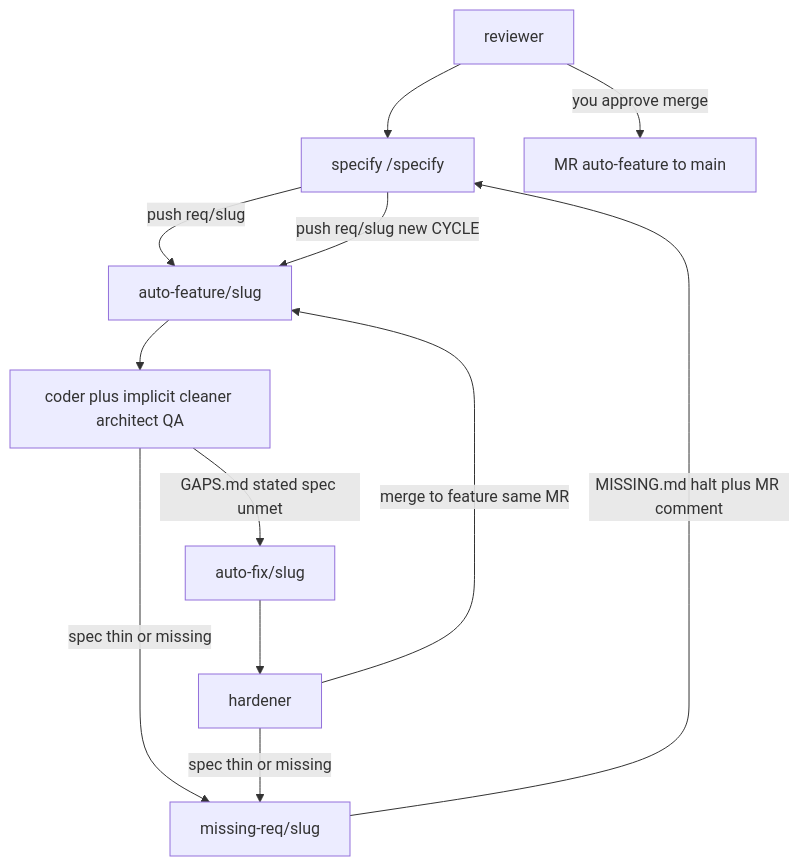
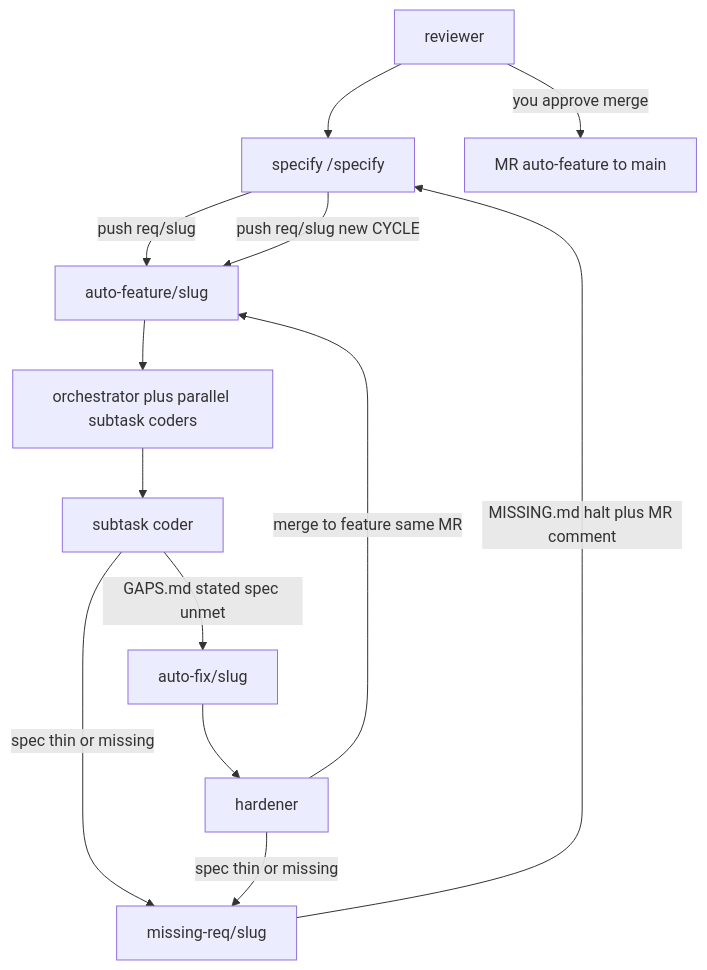
The diagram in README.md (Oliver122/lens-search), drawn with Mermaid before and after one commit. The commit also changed other lines of this file and 13 other files, not shown here.

Commit message:
coder(orchestrator): 1 openAutoFeature then orchestrator

````diff
--- a/README.md
+++ b/README.md
@@ -19,14 +19,15 @@
 ```mermaid
 flowchart TD
   R[reviewer] --> S["specify /specify"]
   S -->|push req/slug| AF[auto-feature/slug]
-  AF --> C[coder plus implicit cleaner architect QA]
+  AF --> O[orchestrator plus parallel subtask coders]
+  O --> C[subtask coder]
   C -->|GAPS.md stated spec unmet| AX[auto-fix/slug]
   AX --> H[hardener]
   H -->|merge to feature same MR| AF
   C -->|spec thin or missing| MR[missing-req/slug]
   H -->|spec thin or missing| MR
   MR -->|MISSING.md halt plus MR comment| S
   S -->|push req/slug new CYCLE| AF
   R -->|you approve merge| F[MR auto-feature to main]
 ```
````
